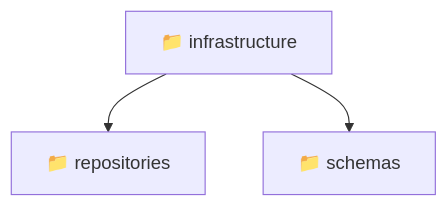
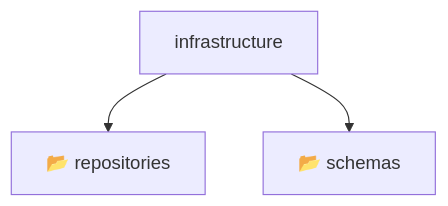
One commit to beginwebdev2002/fullstack-mavluda changed the diagram in backend/src/modules/admin-settings/infrastructure/README.md. Above: the diagram before and after it, drawn with Mermaid. The commit also changed other lines of this file and 155 other files, not shown here.

````diff
--- a/backend/src/modules/admin-settings/infrastructure/README.md
+++ b/backend/src/modules/admin-settings/infrastructure/README.md
@@ -10,6 +14,6 @@
 ```mermaid
 graph TD
-  Root["📁 infrastructure"]
-  Root --> repositories["📁 repositories"]
-  Root --> schemas["📁 schemas"]
+    Root[infrastructure]
+    Root --> F0[📂 repositories]
+    Root --> F1[📂 schemas]
 ```
````
